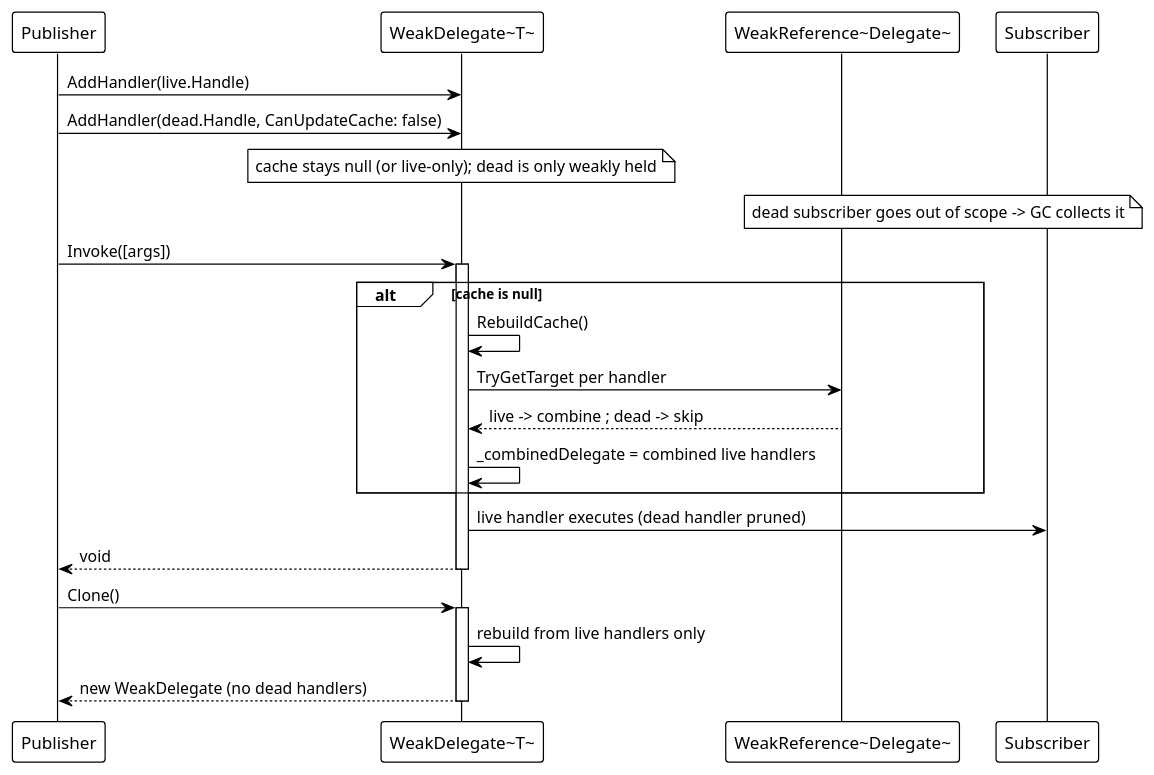
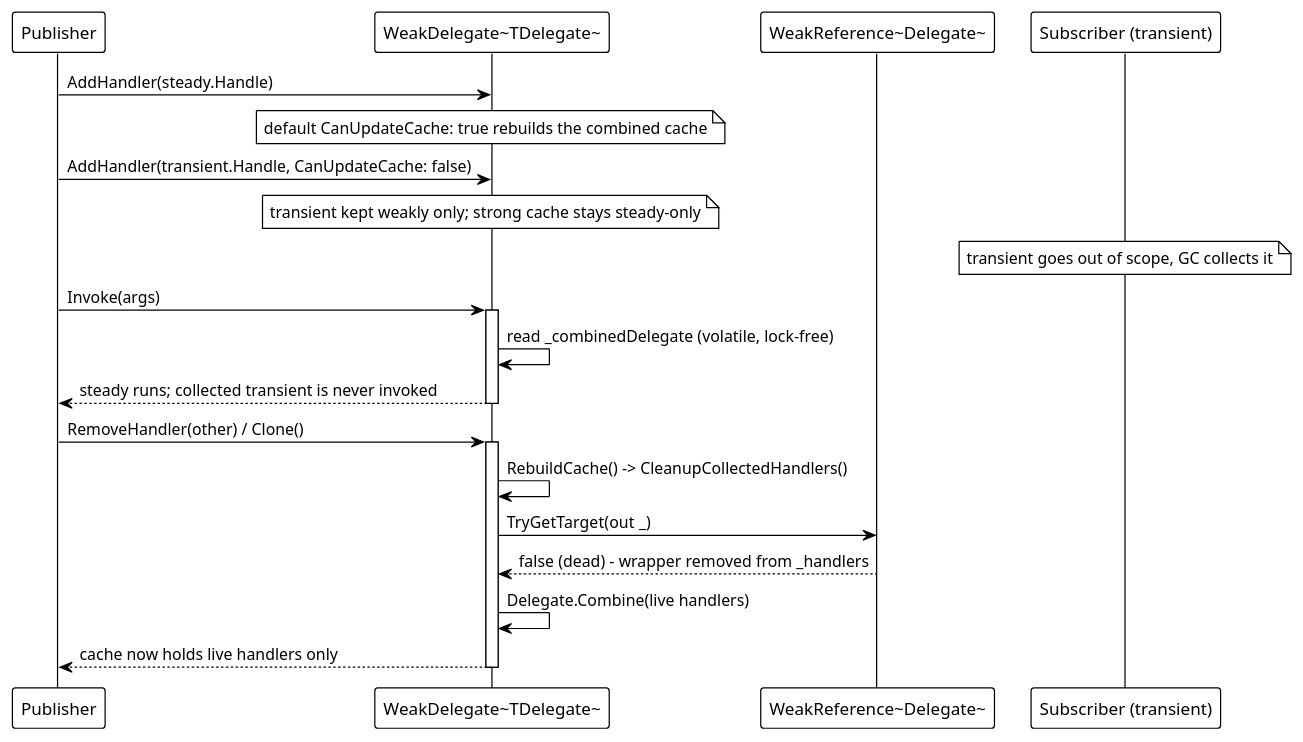
Before and after one commit to Axvser/VeloxDev.Docs: the third of 3 diagrams in src/CloudGlyph/Assets/Docs/content/en/3_SE_Analysis/03_data-flow/07_weak-types/index.md, drawn with PlantUML. The commit also changed other lines of this file and 443 other files, not shown here.

````diff
--- a/src/CloudGlyph/Assets/Docs/content/en/3_SE_Analysis/03_data-flow/07_weak-types/index.md
+++ b/src/CloudGlyph/Assets/Docs/content/en/3_SE_Analysis/03_data-flow/07_weak-types/index.md
@@ -84,34 +96,32 @@
 ```plantuml
 @startuml
 !theme plain
 
 participant "Publisher" as P
-participant "WeakDelegate~T~" as W
+participant "WeakDelegate~TDelegate~" as W
 participant "WeakReference~Delegate~" as WR
-participant "Subscriber" as S
+participant "Subscriber (transient)" as S
 
-P -> W: AddHandler(live.Handle)
-P -> W: AddHandler(dead.Handle, CanUpdateCache: false)
-note over W: cache stays null (or live-only); dead is only weakly held
+P -> W: AddHandler(steady.Handle)
+note over W: default CanUpdateCache: true rebuilds the combined cache
+P -> W: AddHandler(transient.Handle, CanUpdateCache: false)
+note over W: transient kept weakly only; strong cache stays steady-only
 
-note over WR,S: dead subscriber goes out of scope -> GC collects it
+note over S: transient goes out of scope, GC collects it
 
-P -> W: Invoke([args])
+P -> W: Invoke(args)
 activate W
-alt cache is null
-    W -> W: RebuildCache()
-    W -> WR: TryGetTarget per handler
-    WR --> W: live -> combine ; dead -> skip
-    W -> W: _combinedDelegate = combined live handlers
-end
-W -> S: live handler executes (dead handler pruned)
-W --> P: void
+W -> W: read _combinedDelegate (volatile, lock-free)
+W --> P: steady runs; collected transient is never invoked
 deactivate W
 
-P -> W: Clone()
+P -> W: RemoveHandler(other) / Clone()
 activate W
-W -> W: rebuild from live handlers only
-W --> P: new WeakDelegate (no dead handlers)
+W -> W: RebuildCache() -> CleanupCollectedHandlers()
+W -> WR: TryGetTarget(out _)
+WR --> W: false (dead) - wrapper removed from _handlers
+W -> W: Delegate.Combine(live handlers)
+W --> P: cache now holds live handlers only
 deactivate W
 @enduml
 ```
````
